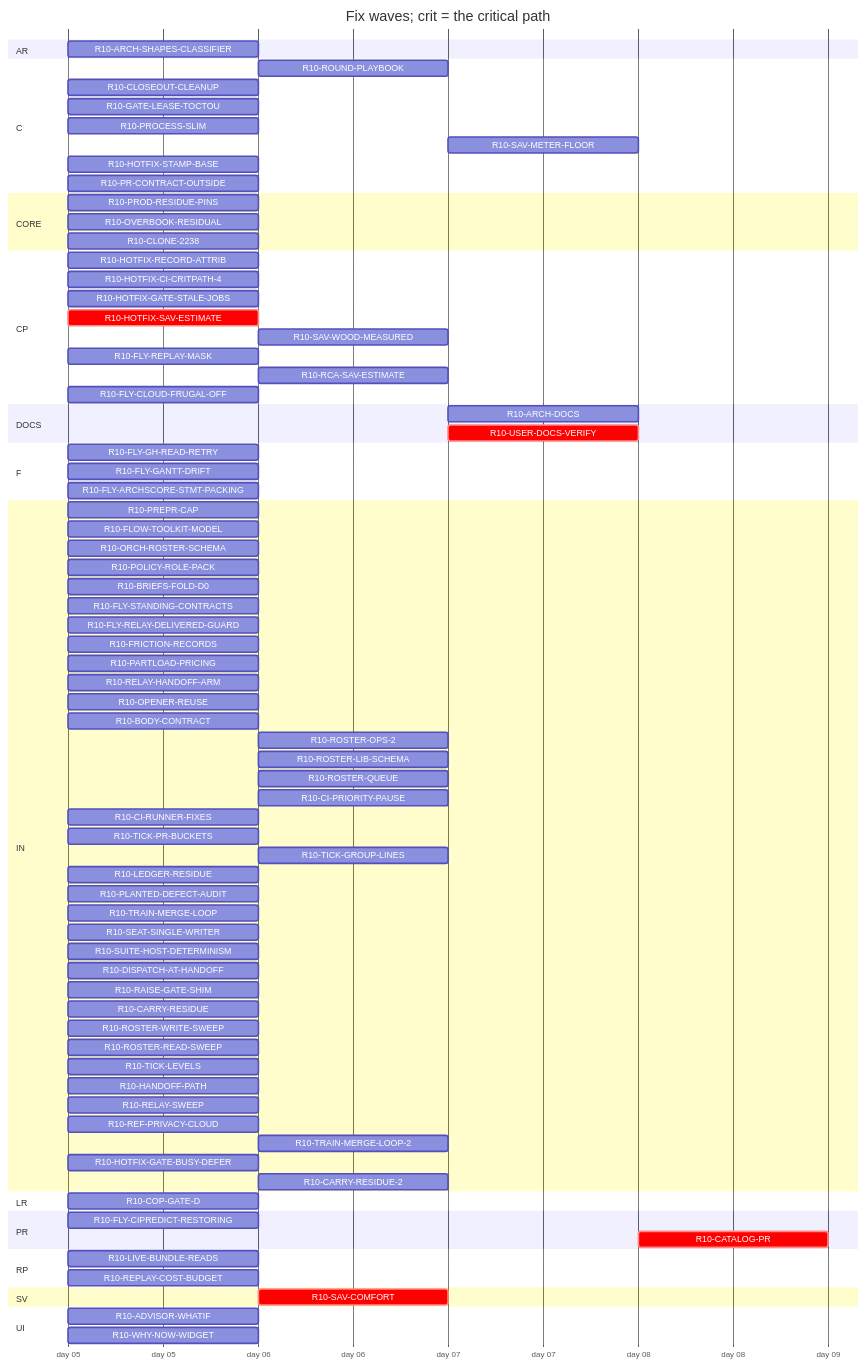
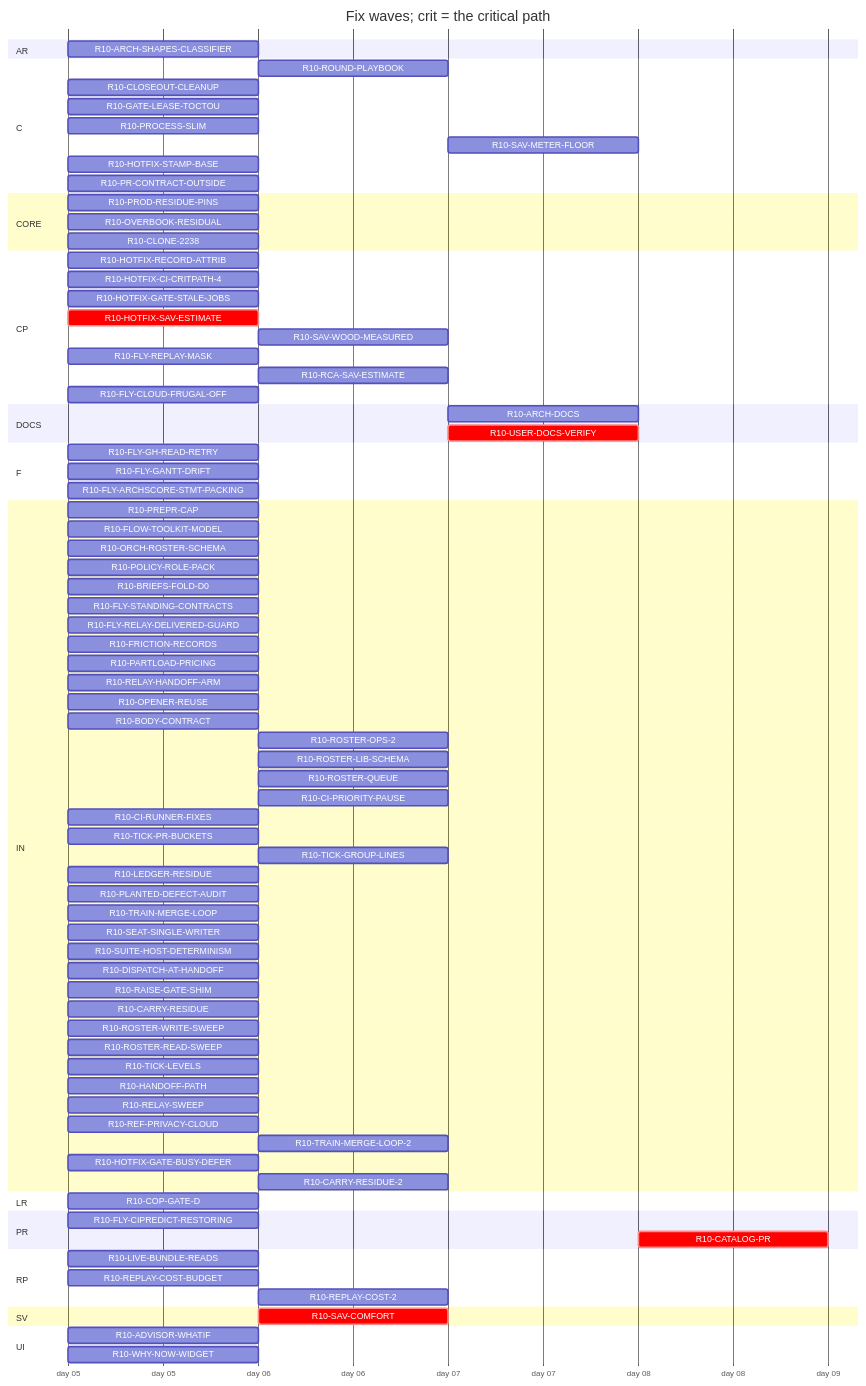
One commit to tvofi/heatpump_optimizer changed the diagram in handoff/round10/state/PLAN-TABLE.md. Above: the diagram before and after it, drawn with Mermaid. The commit also changed other lines of this file and 3 other files, not shown here.

Commit message:
state: FLOW-BOARD.md, NEXT-SESSION-PROMPT.md, PLAN-TABLE.md, PLAN.html, RESUME-CURRENT.md regenerated (state_docs.py)

```diff
--- a/handoff/round10/state/PLAN-TABLE.md
+++ b/handoff/round10/state/PLAN-TABLE.md
@@ -102,6 +102,7 @@
   section RP
     R10-LIVE-BUNDLE-READS :r10LIVEBUNDLEREADS, 2026-01-05, 1d
     R10-REPLAY-COST-BUDGET :r10REPLAYCOSTBUDGET, 2026-01-05, 1d
+    R10-REPLAY-COST-2 :r10REPLAYCOST2, after r10REPLAYCOSTBUDGET, 1d
   section SV
     R10-SAV-COMFORT :crit, r10SAVCOMFORT, after r10HOTFIXSAVESTIMATE, 1d
   section UI
```
